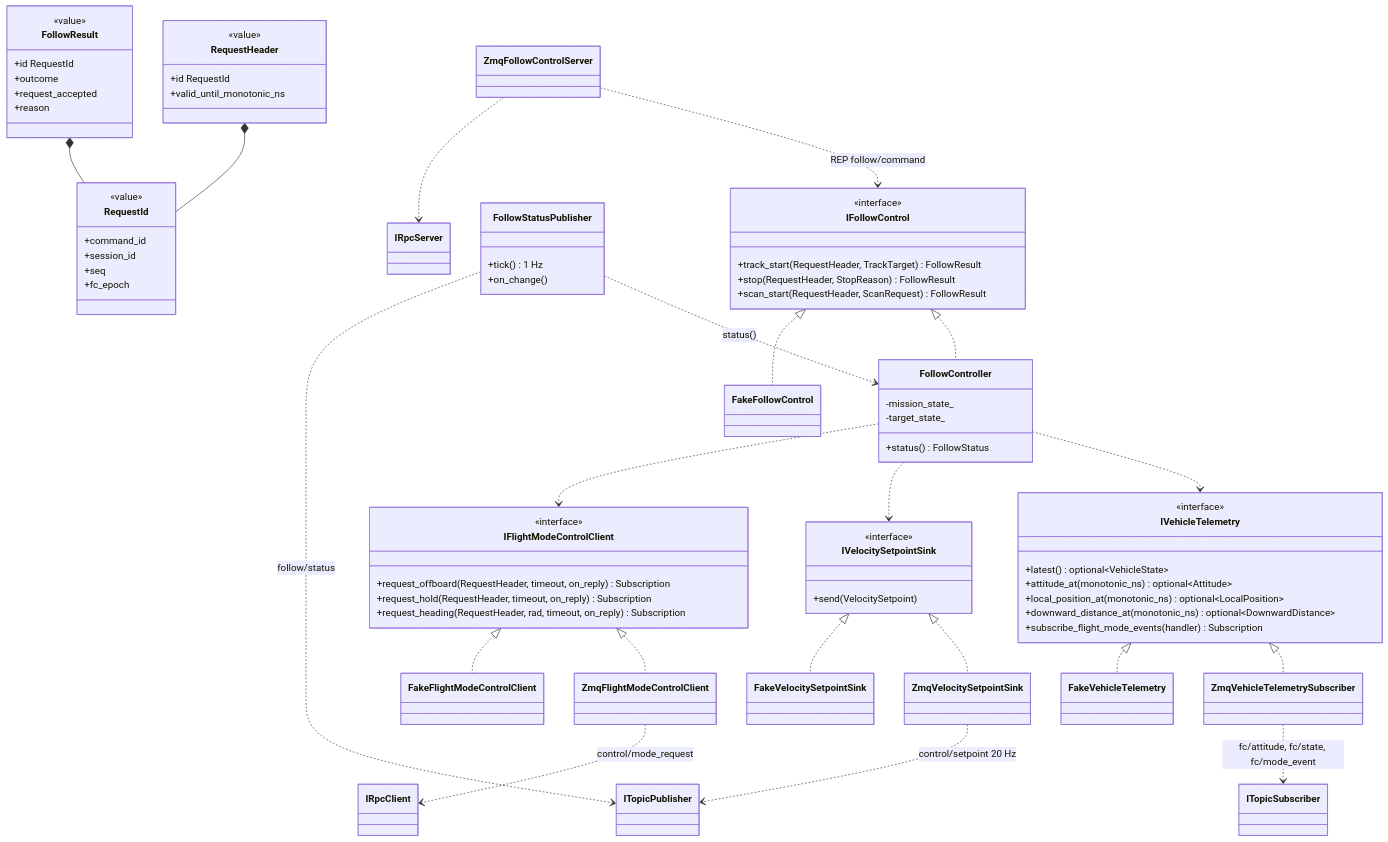
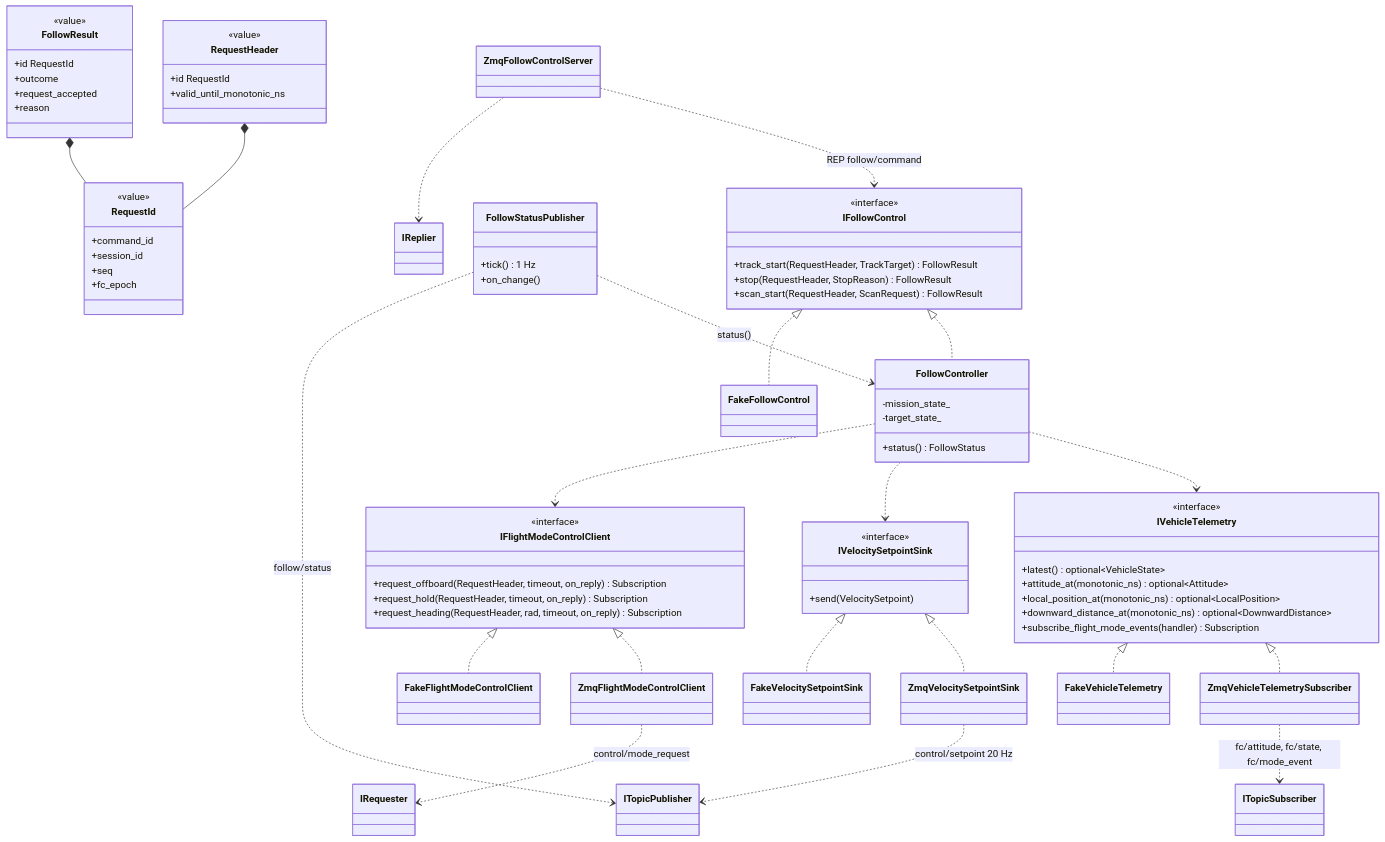
One commit to lig-argus/argus-edge-vision changed the diagram in docs/design/uml/class_follow.md. Above: the diagram before and after it, drawn with Mermaid. The commit also changed other lines of this file and 26 other files, not shown here.

````diff
--- a/docs/design/uml/class_follow.md
+++ b/docs/design/uml/class_follow.md
@@ -87,7 +87,7 @@
     FollowStatusPublisher ..> FollowController : status()
     ZmqVehicleTelemetrySubscriber ..> ITopicSubscriber : fc/attitude, fc/state, fc/mode_event
     ZmqVelocitySetpointSink ..> ITopicPublisher : control/setpoint 20 Hz
-    ZmqFlightModeControlClient ..> IRpcClient : control/mode_request
-    ZmqFollowControlServer ..> IRpcServer
+    ZmqFlightModeControlClient ..> IRequester : control/mode_request
+    ZmqFollowControlServer ..> IReplier
     FollowStatusPublisher ..> ITopicPublisher : follow/status
 ```
````
